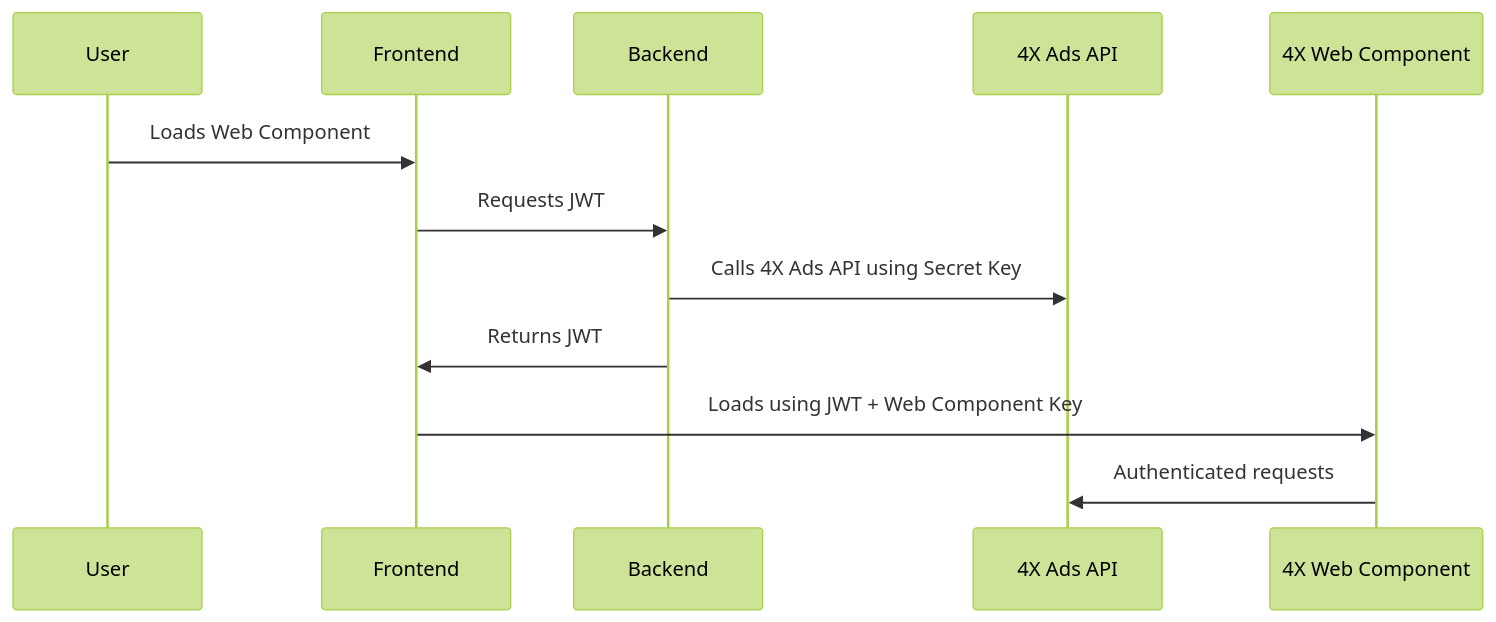
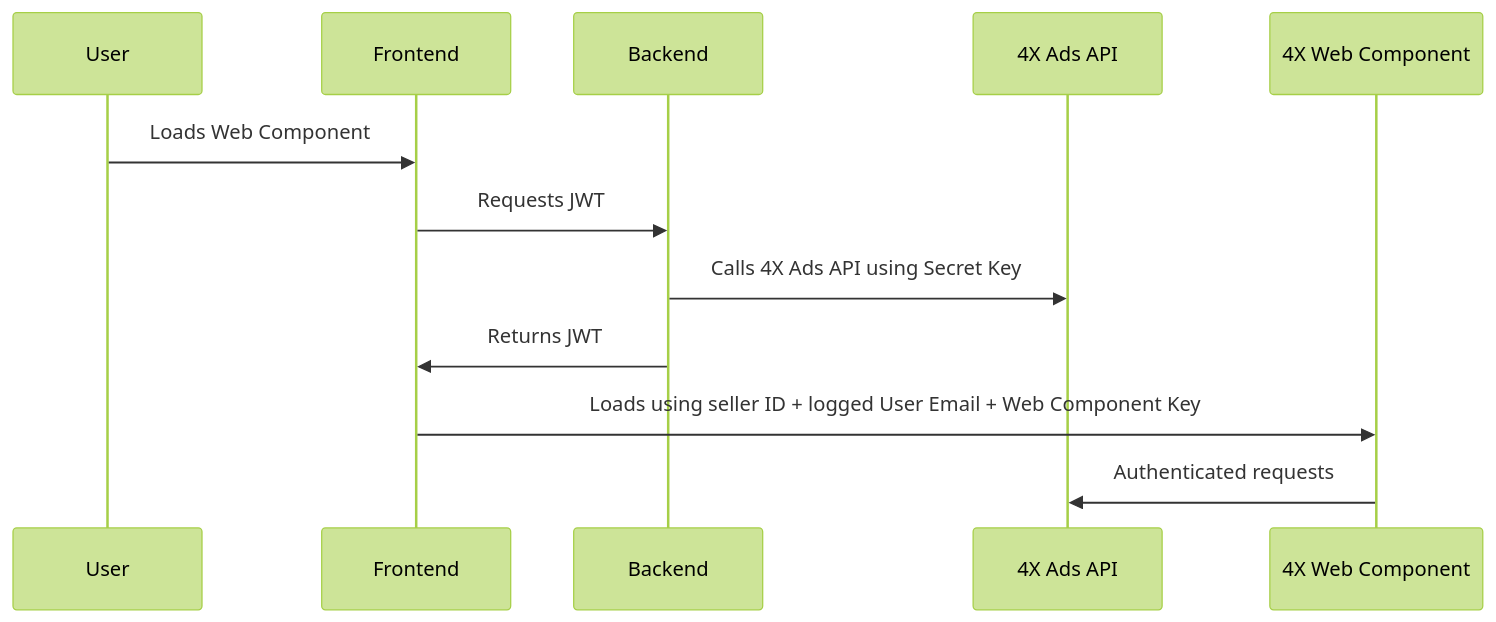
Before and after one commit to 4XDigital/four-x-integration-samples: the diagram in README.md, drawn with Mermaid (forest theme). The commit also changed other lines of this file and 21 other files, not shown here.

Commit message:
updated web component sign in

````diff
--- a/README.md
+++ b/README.md
@@ -51,15 +50,15 @@
 ```mermaid
 sequenceDiagram
   participant User
   participant Frontend
   participant Backend
   participant 4X Ads API
   participant 4X Web Component
 
   User->>Frontend: Loads Web Component
   Frontend->>Backend: Requests JWT
   Backend->>4X Ads API: Calls 4X Ads API using Secret Key
   Backend->>Frontend: Returns JWT
-  Frontend->>4X Web Component: Loads using JWT + Web Component Key
+  Frontend->>4X Web Component: Loads using seller ID + logged User Email + Web Component Key
   4X Web Component->>4X Ads API: Authenticated requests
 ```
````
